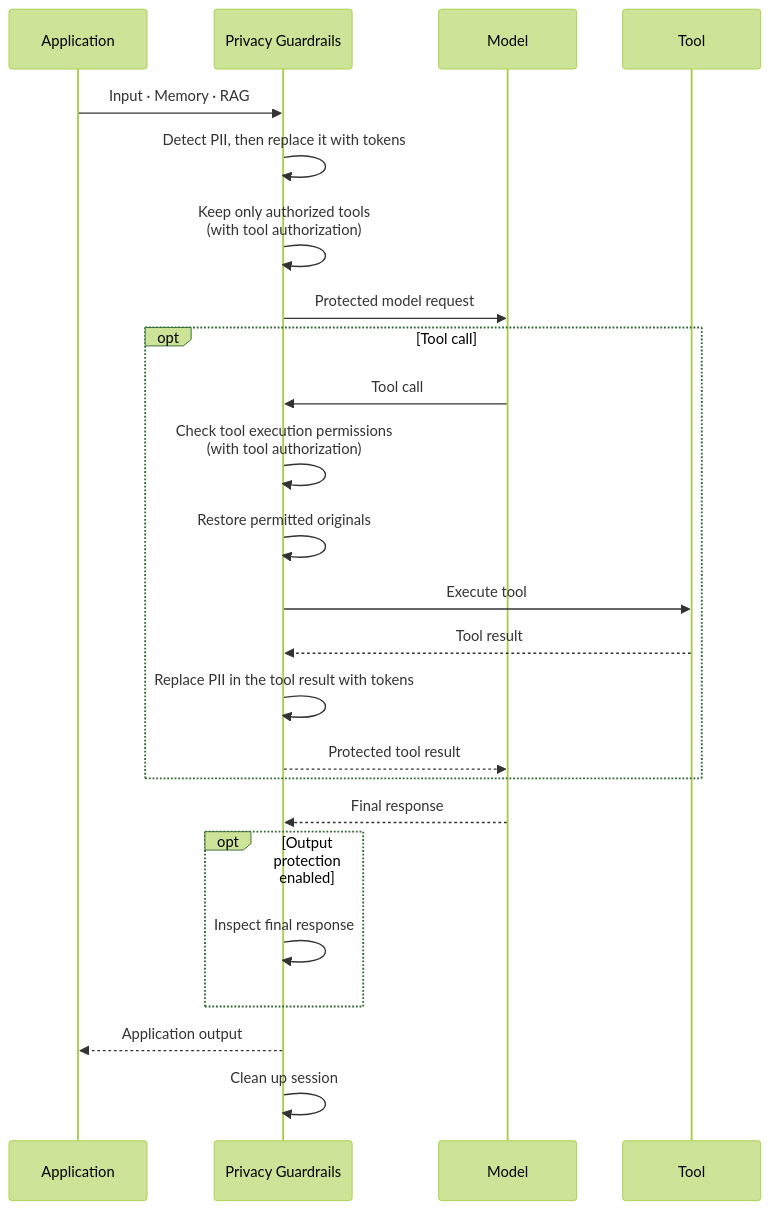
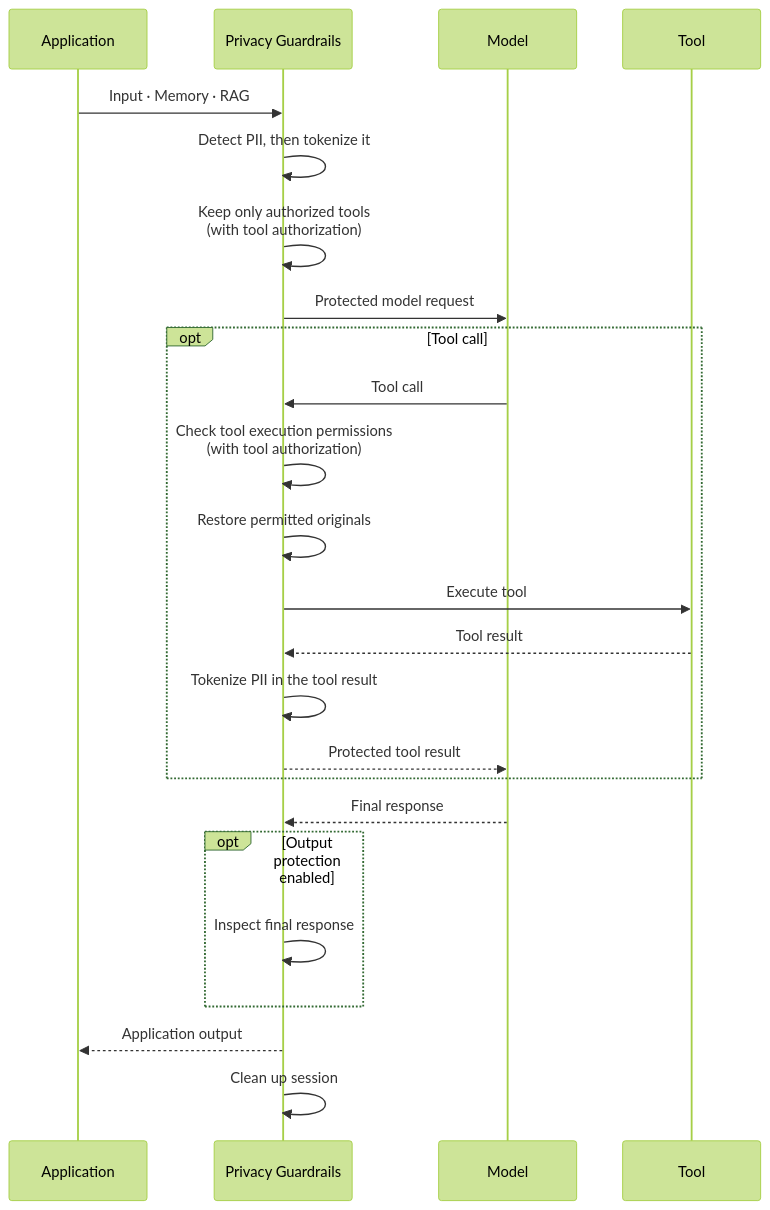
Before and after one commit to ultramancode/spring-ai-privacy-guardrails: the third of 4 diagrams in docs/architecture.md, drawn with Mermaid (forest theme). The commit also changed other lines of this file and 33 other files, not shown here.

````diff
--- a/docs/architecture.md
+++ b/docs/architecture.md
@@ -158,35 +161,35 @@
 ```mermaid
 sequenceDiagram
     participant A as Application
     participant P as Privacy Guardrails
     participant M as Model
     participant T as Tool
 
     A->>P: Input · Memory · RAG
-    P->>P: Detect PII, then replace it with tokens
+    P->>P: Detect PII, then tokenize it
 
     P->>P: Keep only authorized tools<br/>(with tool authorization)
 
     P->>M: Protected model request
 
     opt Tool call
         M->>P: Tool call
 
         P->>P: Check tool execution permissions<br/>(with tool authorization)
 
         P->>P: Restore permitted originals
         P->>T: Execute tool
         T-->>P: Tool result
-        P->>P: Replace PII in the tool result with tokens
+        P->>P: Tokenize PII in the tool result
         P-->>M: Protected tool result
     end
 
     M-->>P: Final response
 
     opt Output protection enabled
         P->>P: Inspect final response
     end
 
     P-->>A: Application output
     P->>P: Clean up session
 ```
````
